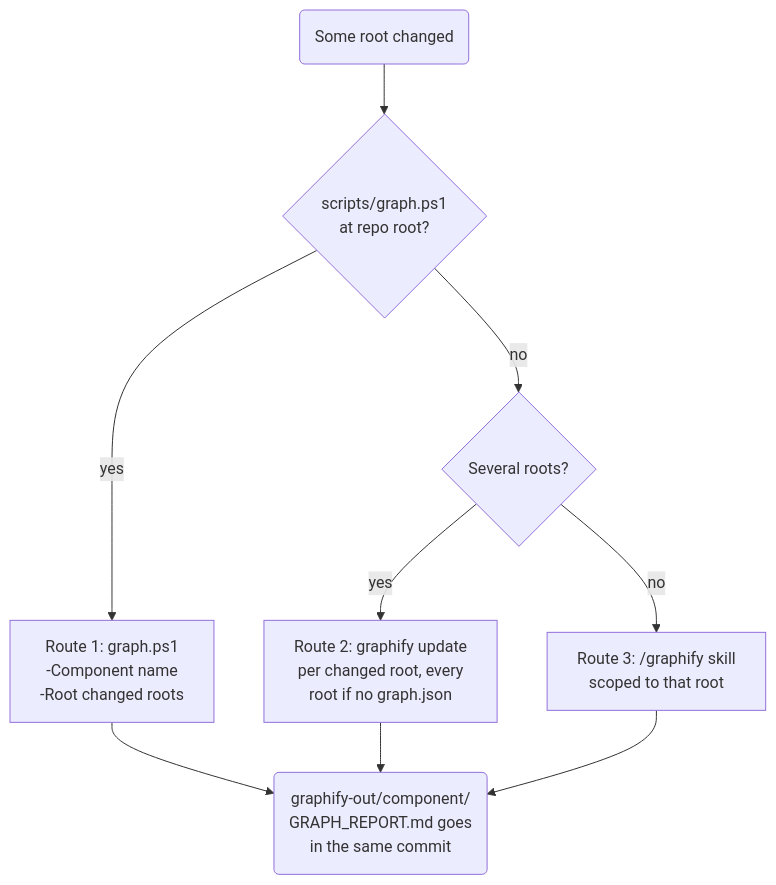
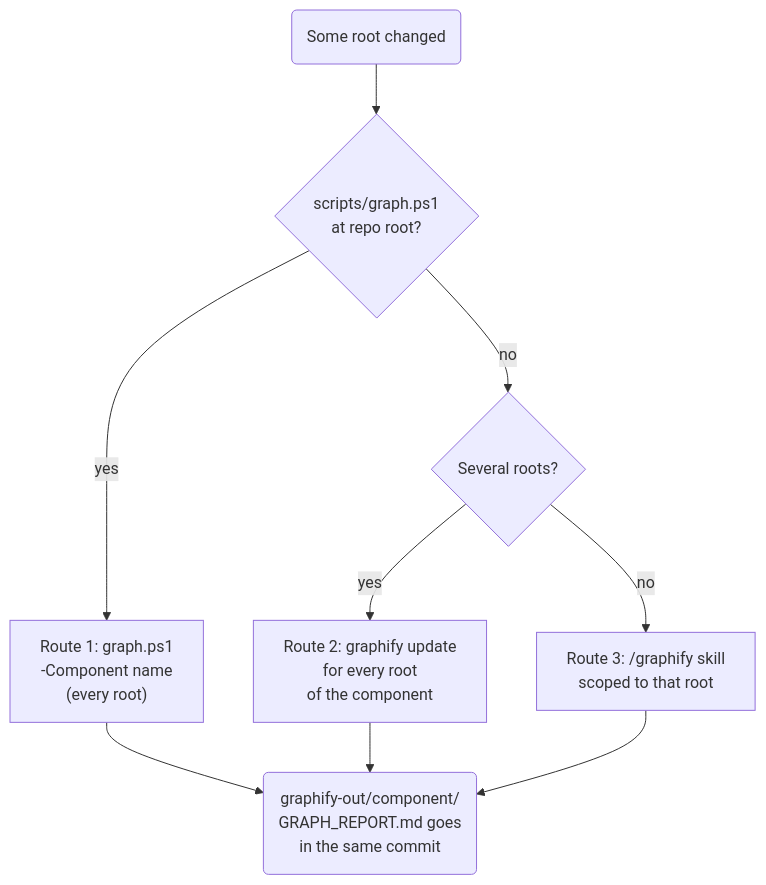
Before and after one commit to muhammedalikhan86/claude-stash: the second of 5 diagrams in skills/plugin-orchestrator-development-pattern/mermaid/07-phase3-finalization.md, drawn with Mermaid. The commit also changed 9 other files, not shown here.

First line of the commit message:
fix(graph): build every root of a component, never only the changed ones

````diff
--- a/skills/plugin-orchestrator-development-pattern/mermaid/07-phase3-finalization.md
+++ b/skills/plugin-orchestrator-development-pattern/mermaid/07-phase3-finalization.md
@@ -35,11 +35,11 @@
 ```mermaid
 flowchart TD
     S0("Some root changed") --> Script{"scripts/graph.ps1<br/>at repo root?"}
-    Script -->|"yes"| R1["Route 1: graph.ps1<br/>-Component name<br/>-Root changed roots"]
+    Script -->|"yes"| R1["Route 1: graph.ps1<br/>-Component name<br/>(every root)"]
     Script -->|"no"| Roots{"Several roots?"}
-    Roots -->|"yes"| R2["Route 2: graphify update<br/>per changed root, every<br/>root if no graph.json"]
+    Roots -->|"yes"| R2["Route 2: graphify update<br/>for every root<br/>of the component"]
     Roots -->|"no"| R3["Route 3: /graphify skill<br/>scoped to that root"]
     R1 --> Out
     R2 --> Out
     R3 --> Out("graphify-out/component/<br/>GRAPH_REPORT.md goes<br/>in the same commit")
 ```
````
